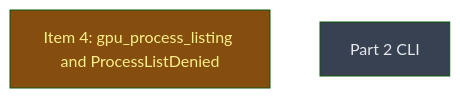
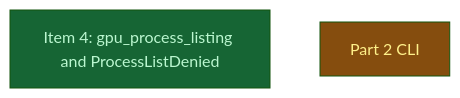
The diagram in __roadmap__/v0214-sandbox/part1/close/part2/api/README.md (LittleCoinCoin/hypomnesis), drawn with Mermaid (forest theme) before and after one commit. The commit also changed other lines of this file and 1 other file, not shown here.

First line of the commit message:
docs(roadmap): gpu_process_listing done; ps_watch_unreadable in progress

````diff
--- a/__roadmap__/v0214-sandbox/part1/close/part2/api/README.md
+++ b/__roadmap__/v0214-sandbox/part1/close/part2/api/README.md
@@ -16,10 +16,10 @@
 ```mermaid
 graph TD
-    gpu_process_listing[Item 4: gpu_process_listing and ProcessListDenied]:::inprogress
-    cli[Part 2 CLI]:::planned
+    gpu_process_listing[Item 4: gpu_process_listing and ProcessListDenied]:::done
+    cli[Part 2 CLI]:::inprogress
     classDef done       fill:#166534,color:#bbf7d0
     classDef inprogress fill:#854d0e,color:#fef08a
     classDef planned    fill:#374151,color:#e5e7eb
     classDef amendment  fill:#1e3a5f,color:#bfdbfe
     classDef blocked    fill:#7f1d1d,color:#fecaca
 ```
````
